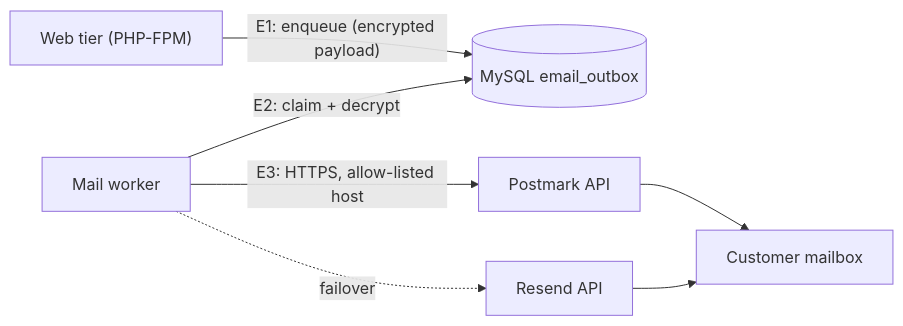
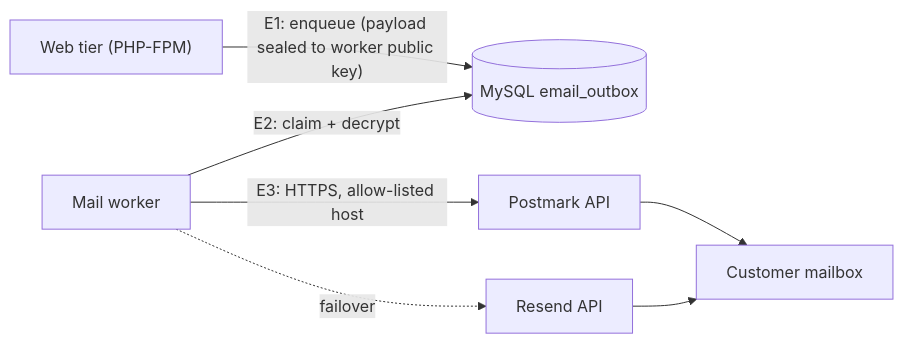
One commit to Paxofi-Technologies/paxofi-cloud changed the diagram in docs/security/THREAT-MODEL-TRANSACTIONAL-EMAIL.md. Above: the diagram before and after it, drawn with Mermaid. The commit also changed other lines of this file, not shown here.

First line of the commit message:
Threat model: seal outbox payloads to the worker's public key

````diff
--- a/docs/security/THREAT-MODEL-TRANSACTIONAL-EMAIL.md
+++ b/docs/security/THREAT-MODEL-TRANSACTIONAL-EMAIL.md
@@ -19,9 +19,9 @@
 ```mermaid
 flowchart LR
-  W["Web tier (PHP-FPM)"] -- "E1: enqueue (encrypted payload)" --> DB[("MySQL email_outbox")]
+  W["Web tier (PHP-FPM)"] -- "E1: enqueue (payload sealed to worker public key)" --> DB[("MySQL email_outbox")]
   K["Mail worker"] -- "E2: claim + decrypt" --> DB
   K -- "E3: HTTPS, allow-listed host" --> P["Postmark API"]
   K -. "failover" .-> R["Resend API"]
   P --> M["Customer mailbox"]
   R --> M
 ```
````
